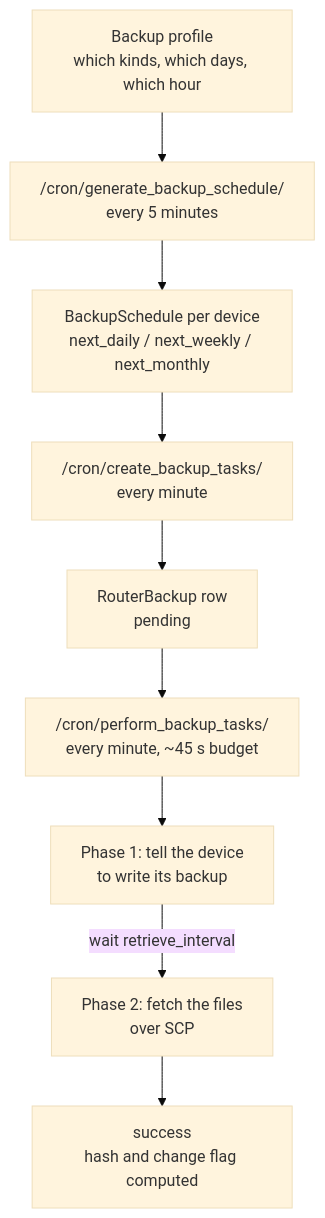
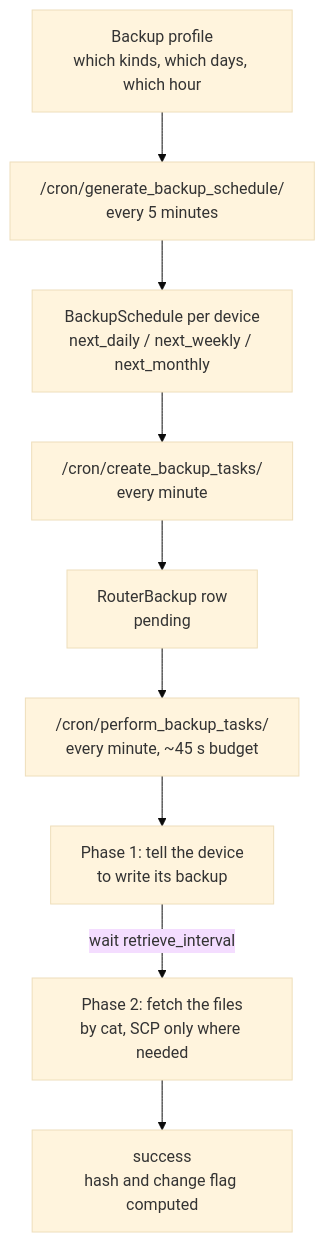
The first of 4 diagrams in docs/backups.md (alessiobravi/routerfleet_improved), drawn with Mermaid (base theme) before and after one commit. The commit also changed 16 other files, not shown here.

````diff
--- a/docs/backups.md
+++ b/docs/backups.md
@@ -77,15 +77,15 @@
 ```mermaid
 flowchart TD
     prof["Backup profile<br/>which kinds, which days, which hour"]
     gen["/cron/generate_backup_schedule/<br/>every 5 minutes"]
     sched["BackupSchedule per device<br/>next_daily / next_weekly / next_monthly"]
     create["/cron/create_backup_tasks/<br/>every minute"]
     row["RouterBackup row<br/>pending"]
     perform["/cron/perform_backup_tasks/<br/>every minute, ~45 s budget"]
     phase1["Phase 1: tell the device<br/>to write its backup"]
-    phase2["Phase 2: fetch the files<br/>over SCP"]
+    phase2["Phase 2: fetch the files<br/>by cat, SCP only where needed"]
     done["success<br/>hash and change flag computed"]
 
     prof --> gen --> sched --> create --> row --> perform --> phase1
     phase1 -->|"wait retrieve_interval"| phase2 --> done
 ```
````
